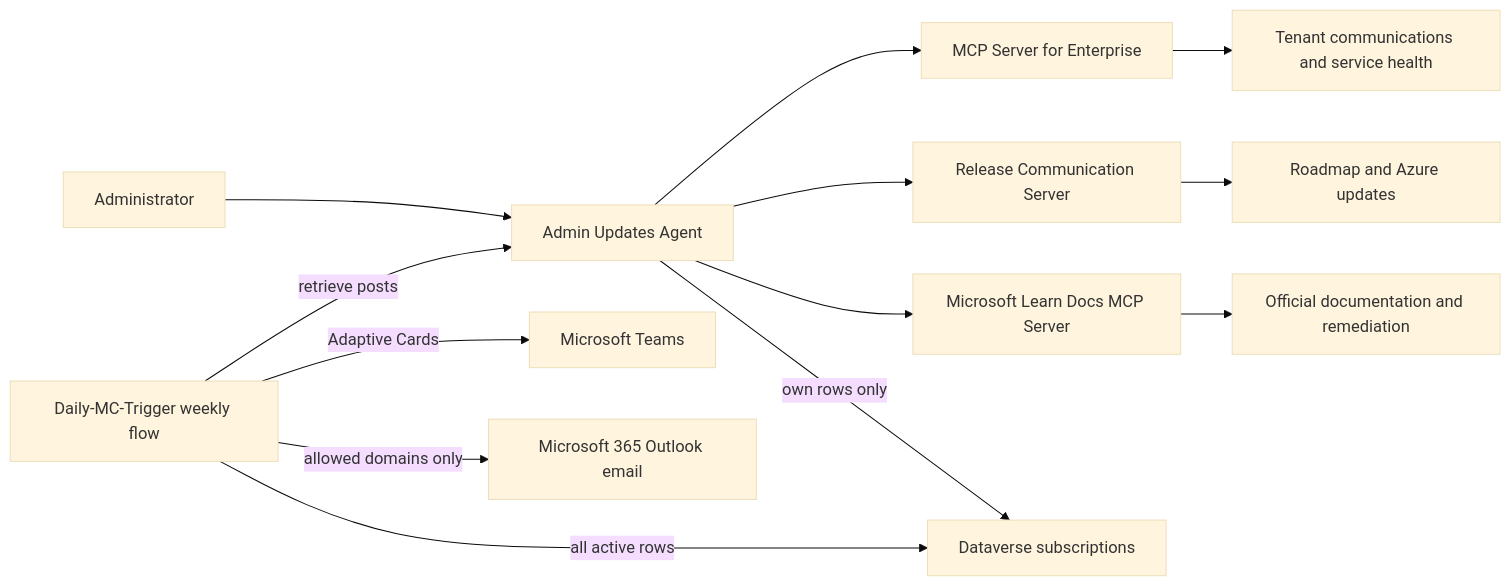
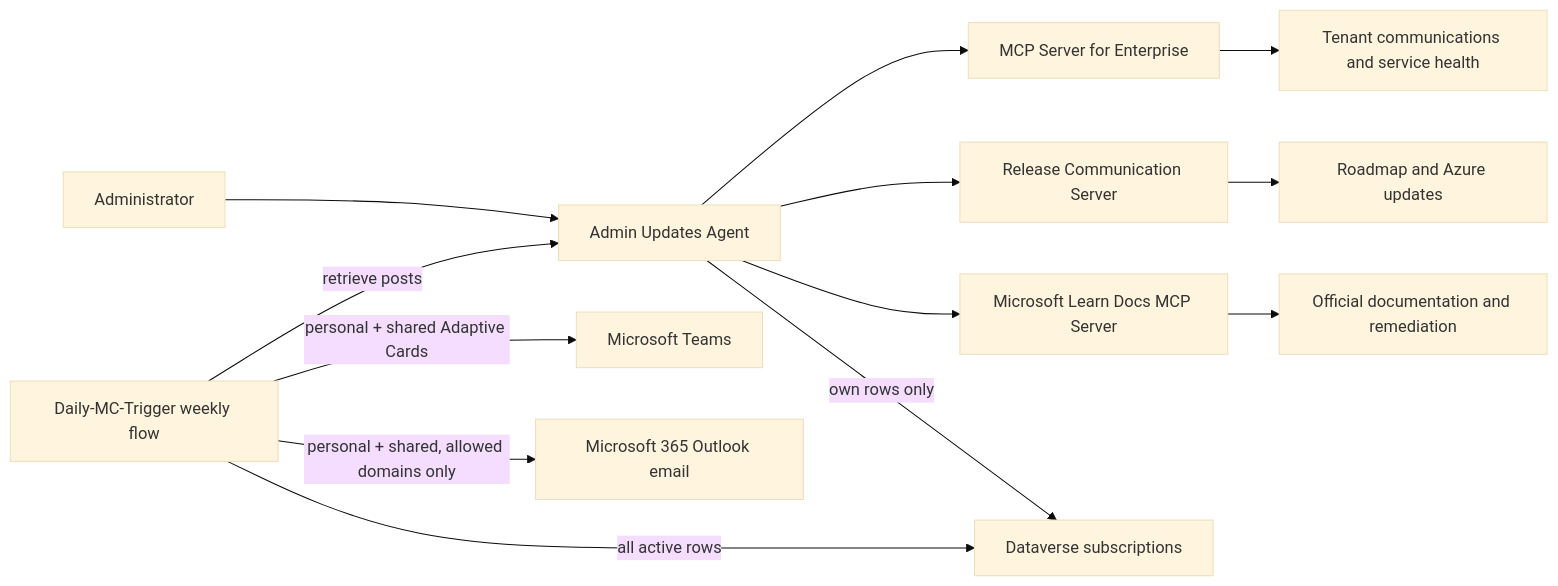
Before and after one commit to saurabhkoshta/Admin-Updates-Agents: the diagram in README.md, drawn with Mermaid (base theme). The commit also changed other lines of this file and 9 other files, not shown here.

````diff
--- a/README.md
+++ b/README.md
@@ -35,16 +46,16 @@
 ```mermaid
 flowchart LR
     User[Administrator] --> Agent[Admin Updates Agent]
     Flow[Daily-MC-Trigger weekly flow] -->|retrieve posts| Agent
     Agent --> Enterprise[MCP Server for Enterprise]
     Agent --> Release[Release Communication Server]
     Agent --> Learn[Microsoft Learn Docs MCP Server]
     Agent -->|own rows only| Dataverse[Dataverse subscriptions]
     Flow -->|all active rows| Dataverse
-    Flow -->|Adaptive Cards| Teams[Microsoft Teams]
-    Flow -->|allowed domains only| Email[Microsoft 365 Outlook email]
+    Flow -->|personal + shared Adaptive Cards| Teams[Microsoft Teams]
+    Flow -->|personal + shared, allowed domains only| Email[Microsoft 365 Outlook email]
 
     Enterprise --> Tenant[Tenant communications and service health]
     Release --> Public[Roadmap and Azure updates]
     Learn --> Docs[Official documentation and remediation]
 ```
````
